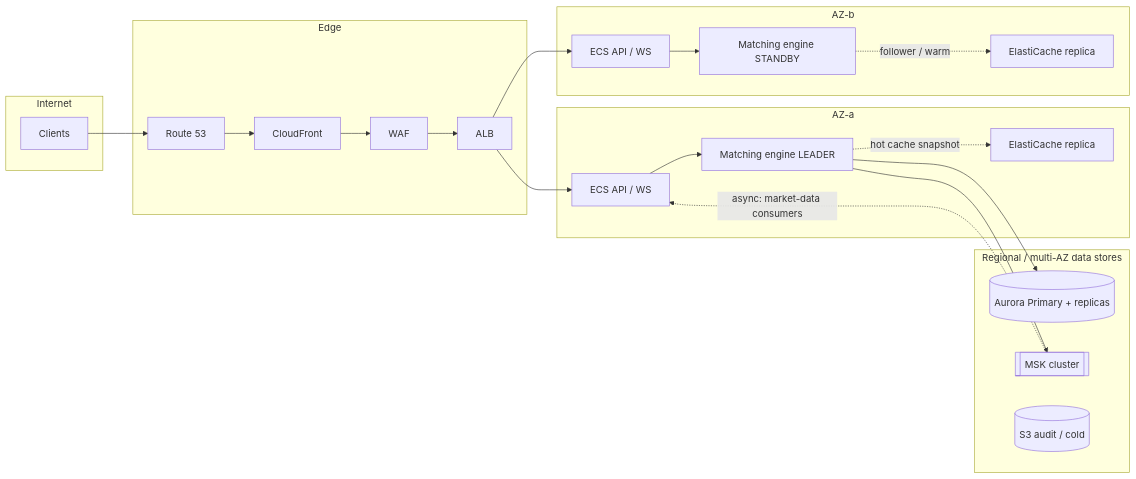
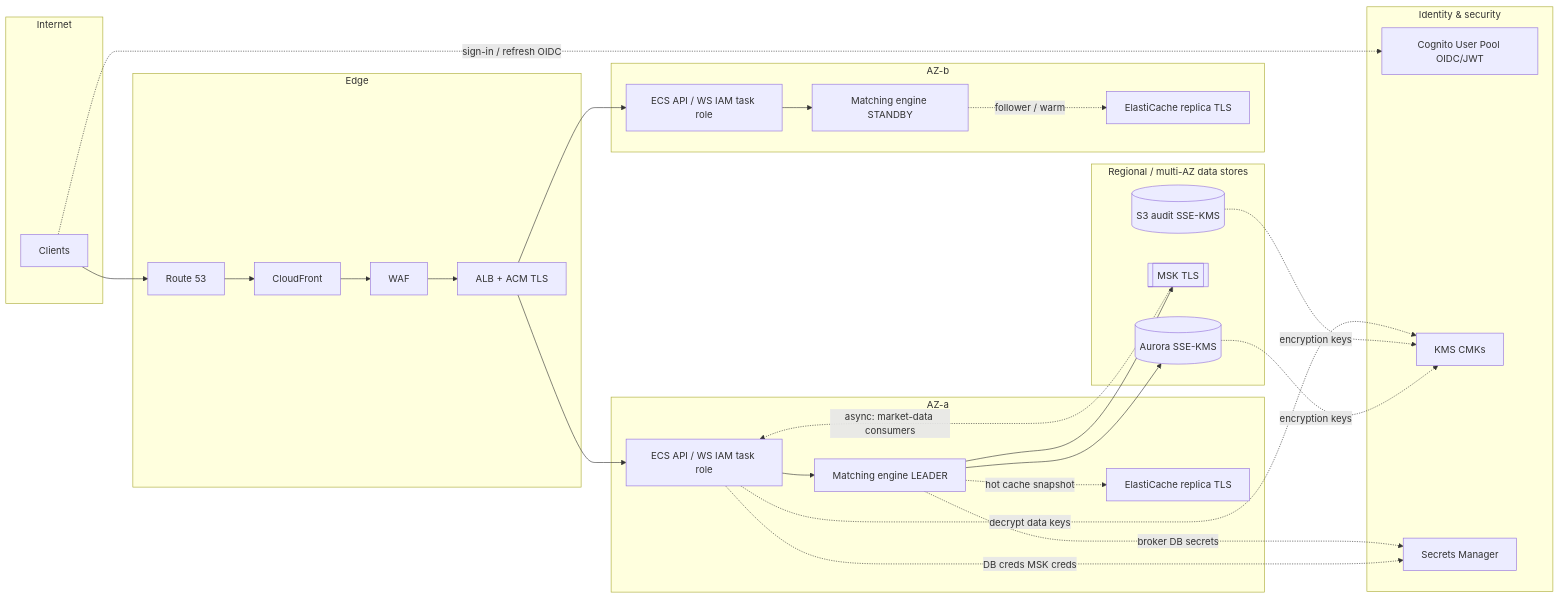
One commit to duclan2703/devops-challenge changed the second of 4 diagrams in src/problem2/SOLUTION.md. Above: the diagram before and after it, drawn with Mermaid. The commit also changed other lines of this file, not shown here.

````diff
--- a/src/problem2/SOLUTION.md
+++ b/src/problem2/SOLUTION.md
@@ -46,42 +114,54 @@
 ```mermaid
 flowchart LR
     subgraph Internet
         Clients[Clients]
     end
 
+    subgraph Identity["Identity & security"]
+        COG[Cognito User Pool OIDC/JWT]
+        KMS[KMS CMKs]
+        SM[Secrets Manager]
+    end
+
     subgraph Edge
         R53[Route 53]
         CF[CloudFront]
         WAF[WAF]
-        ALB[ALB]
+        ALB["ALB + ACM TLS"]
     end
 
     subgraph AZ_A["AZ-a"]
-        ECS_A[ECS API / WS]
+        ECS_A[ECS API / WS IAM task role]
         ME_L[Matching engine LEADER]
-        REDIS_A[ElastiCache replica]
+        REDIS_A[ElastiCache replica TLS]
     end
 
     subgraph AZ_B["AZ-b"]
-        ECS_B[ECS API / WS]
+        ECS_B[ECS API / WS IAM task role]
         ME_S[Matching engine STANDBY]
-        REDIS_B[ElastiCache replica]
+        REDIS_B[ElastiCache replica TLS]
     end
 
     subgraph DataRegion["Regional / multi-AZ data stores"]
-        AUR[(Aurora Primary + replicas)]
-        MSK[[MSK cluster]]
-        S3[(S3 audit / cold)]
+        AUR[(Aurora SSE-KMS)]
+        MSK[[MSK TLS]]
+        S3[(S3 audit SSE-KMS)]
     end
 
+    Clients -.->|sign-in / refresh OIDC| COG
     Clients --> R53 --> CF --> WAF --> ALB
     ALB --> ECS_A
     ALB --> ECS_B
     ECS_A --> ME_L
     ECS_B --> ME_S
     ME_L --> AUR
     ME_L --> MSK
     ME_L -.->|hot cache snapshot| REDIS_A
     ME_S -.->|follower / warm| REDIS_B
     MSK -.->|async: market-data consumers| ECS_A
+    ECS_A -.->|DB creds MSK creds| SM
+    ME_L -.->|broker DB secrets| SM
+    AUR -.->|encryption keys| KMS
+    S3 -.->|encryption keys| KMS
+    ECS_A -.->|decrypt data keys| KMS
 ```
````
